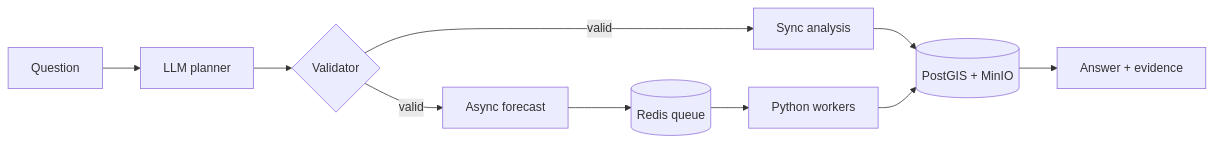
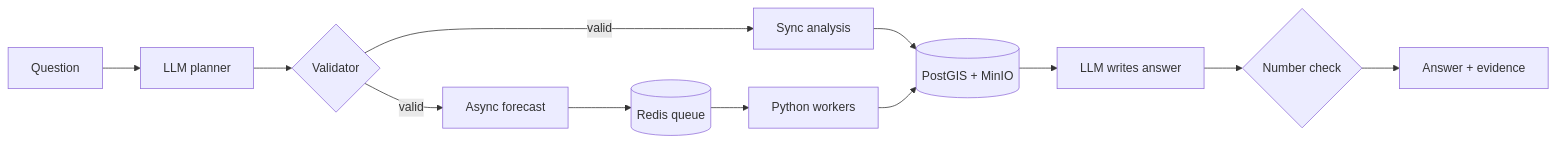
Before and after one commit to khoahonguyen0210/Earth_intelligence: the diagram in README.md, drawn with Mermaid. The commit also changed other lines of this file and 32 other files, not shown here.

Commit message:
explain forecasts with shap and check answer numbers

````diff
--- a/README.md
+++ b/README.md
@@ -48,11 +48,13 @@
 ```mermaid
 flowchart LR
     Q[Question] --> P[LLM planner]
     P --> V{Validator}
     V -->|valid| S[Sync analysis]
     V -->|valid| F[Async forecast]
     F --> R[(Redis queue)] --> W[Python workers]
     S --> D[(PostGIS + MinIO)]
     W --> D
-    D --> A[Answer + evidence]
+    D --> L[LLM writes answer]
+    L --> C{Number check}
+    C --> A[Answer + evidence]
 ```
````
